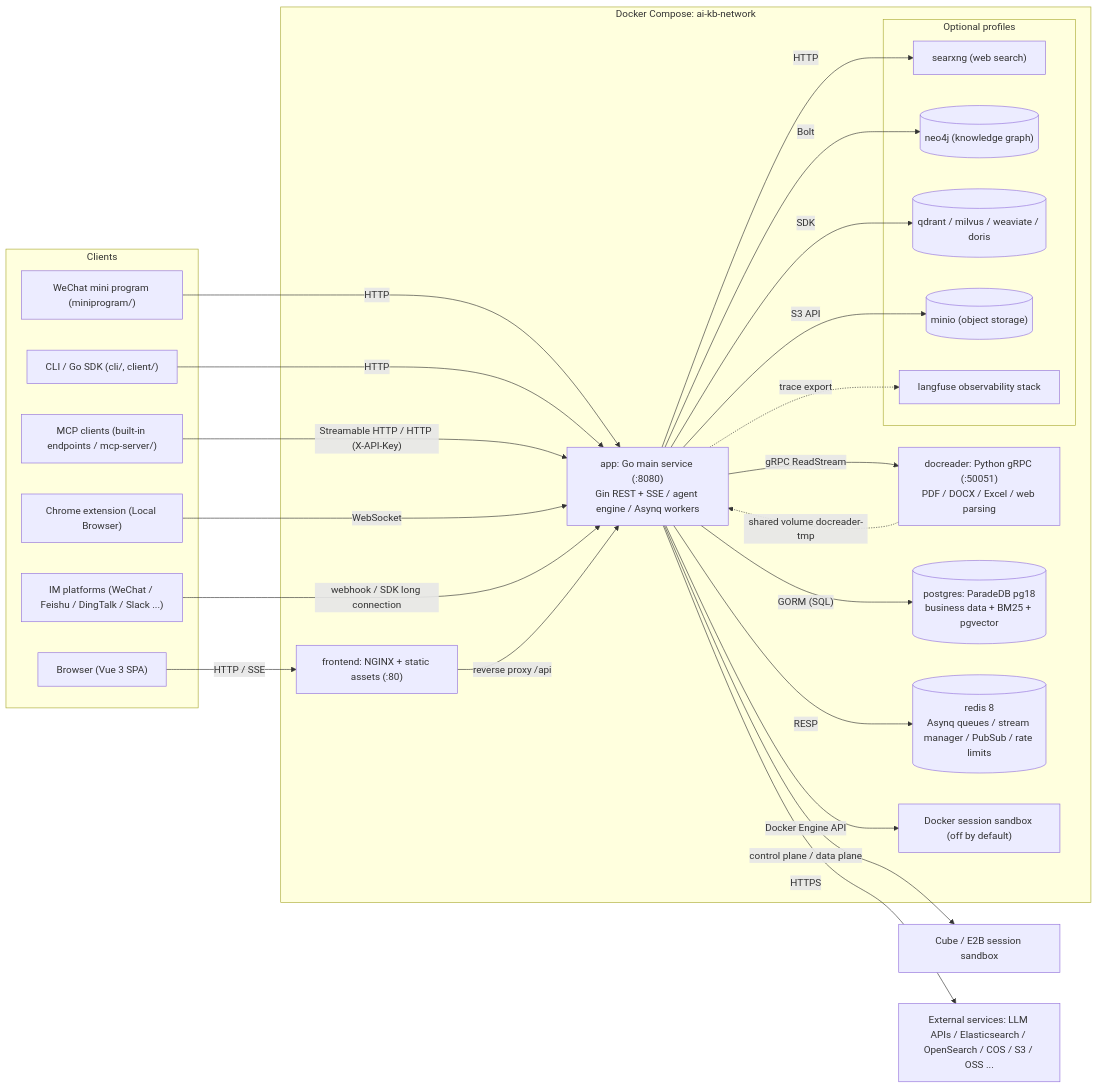
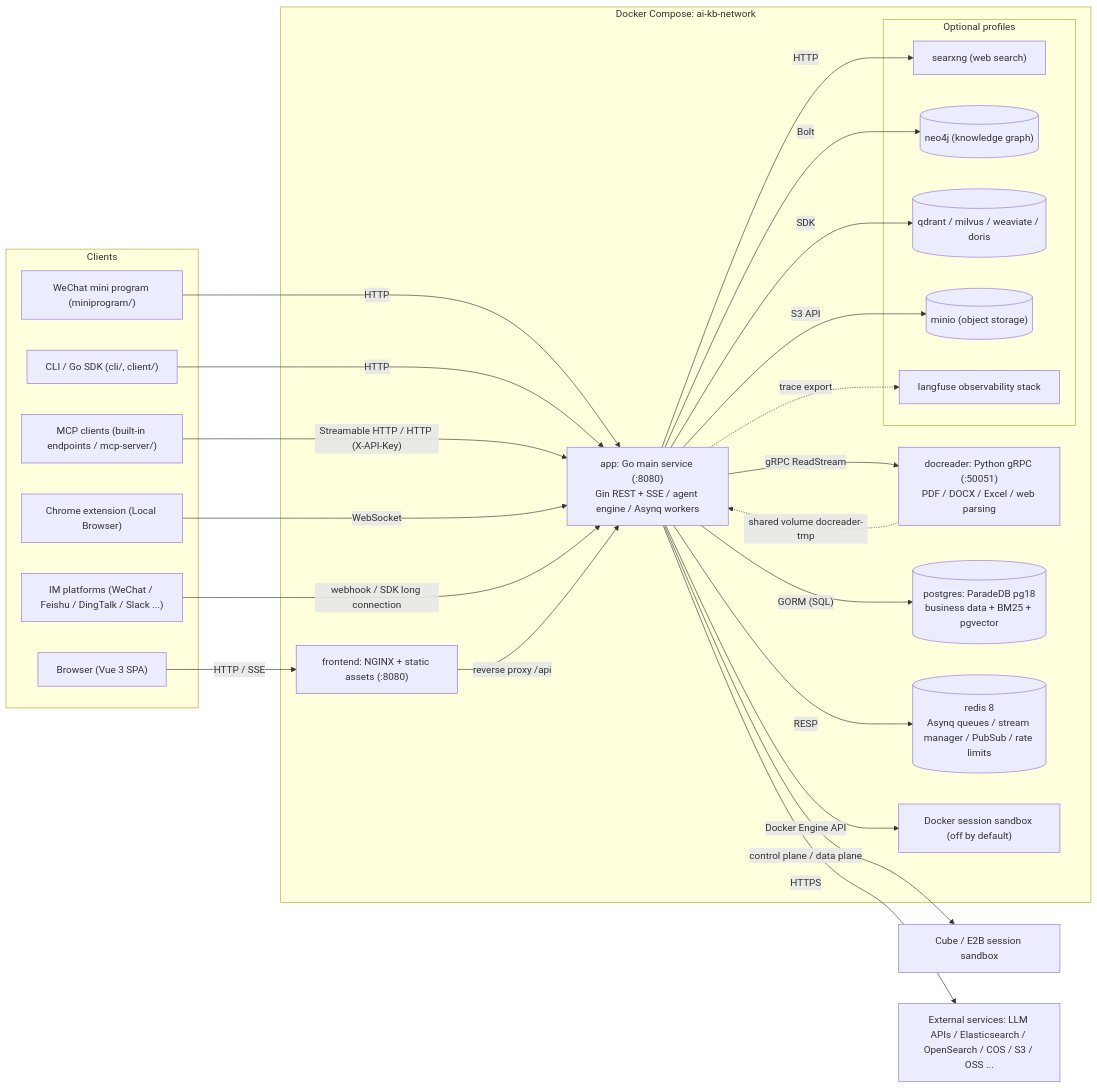
One commit to jrmatherly/ai-kb changed the first of 2 diagrams in website-docs/02-architecture/01-overview.md. Above: the diagram before and after it, drawn with Mermaid. The commit also changed other lines of this file and 31 other files, not shown here.

````diff
--- a/website-docs/02-architecture/01-overview.md
+++ b/website-docs/02-architecture/01-overview.md
@@ -92,50 +92,50 @@
 ```mermaid
 graph LR
     subgraph Clients["Clients"]
         Browser["Browser (Vue 3 SPA)"]
         Mini["WeChat mini program (miniprogram/)"]
         CLI["CLI / Go SDK (cli/, client/)"]
         MCPC["MCP clients (built-in endpoints / mcp-server/)"]
         EXTN["Chrome extension (Local Browser)"]
         IM["IM platforms (WeChat / Feishu / DingTalk / Slack ...)"]
     end
 
     subgraph Compose["Docker Compose: ai-kb-network"]
-        FE["frontend: NGINX + static assets (:80)"]
+        FE["frontend: NGINX + static assets (:8080)"]
         APP["app: Go main service (:8080)<br/>Gin REST + SSE / agent engine / Asynq workers"]
         DR["docreader: Python gRPC (:50051)<br/>PDF / DOCX / Excel / web parsing"]
         PG[("postgres: ParadeDB pg18<br/>business data + BM25 + pgvector")]
         RD[("redis 8<br/>Asynq queues / stream manager / PubSub / rate limits")]
         SBX["Docker session sandbox (off by default)"]
         subgraph Optional["Optional profiles"]
             SX["searxng (web search)"]
             NEO[("neo4j (knowledge graph)")]
             VDB[("qdrant / milvus / weaviate / doris")]
             MINIO[("minio (object storage)")]
             LF["langfuse observability stack"]
         end
     end
 
     REMOTE["Cube / E2B session sandbox"]
     EXT["External services: LLM APIs / Elasticsearch / OpenSearch / COS / S3 / OSS ..."]
 
     Browser -->|"HTTP / SSE"| FE
     Mini -->|"HTTP"| APP
     CLI -->|"HTTP"| APP
     MCPC -->|"Streamable HTTP / HTTP (X-API-Key)"| APP
     EXTN -->|"WebSocket"| APP
     IM -->|"webhook / SDK long connection"| APP
     FE -->|"reverse proxy /api"| APP
     APP -->|"gRPC ReadStream"| DR
     APP -->|"GORM (SQL)"| PG
     APP -->|"RESP"| RD
     APP -->|"Docker Engine API"| SBX
     APP -->|"control plane / data plane"| REMOTE
     APP -->|"HTTP"| SX
     APP -->|"Bolt"| NEO
     APP -->|"SDK"| VDB
     APP -->|"S3 API"| MINIO
     APP -->|"HTTPS"| EXT
     APP -.->|"trace export"| LF
     DR -.->|"shared volume docreader-tmp"| APP
 ```
````
